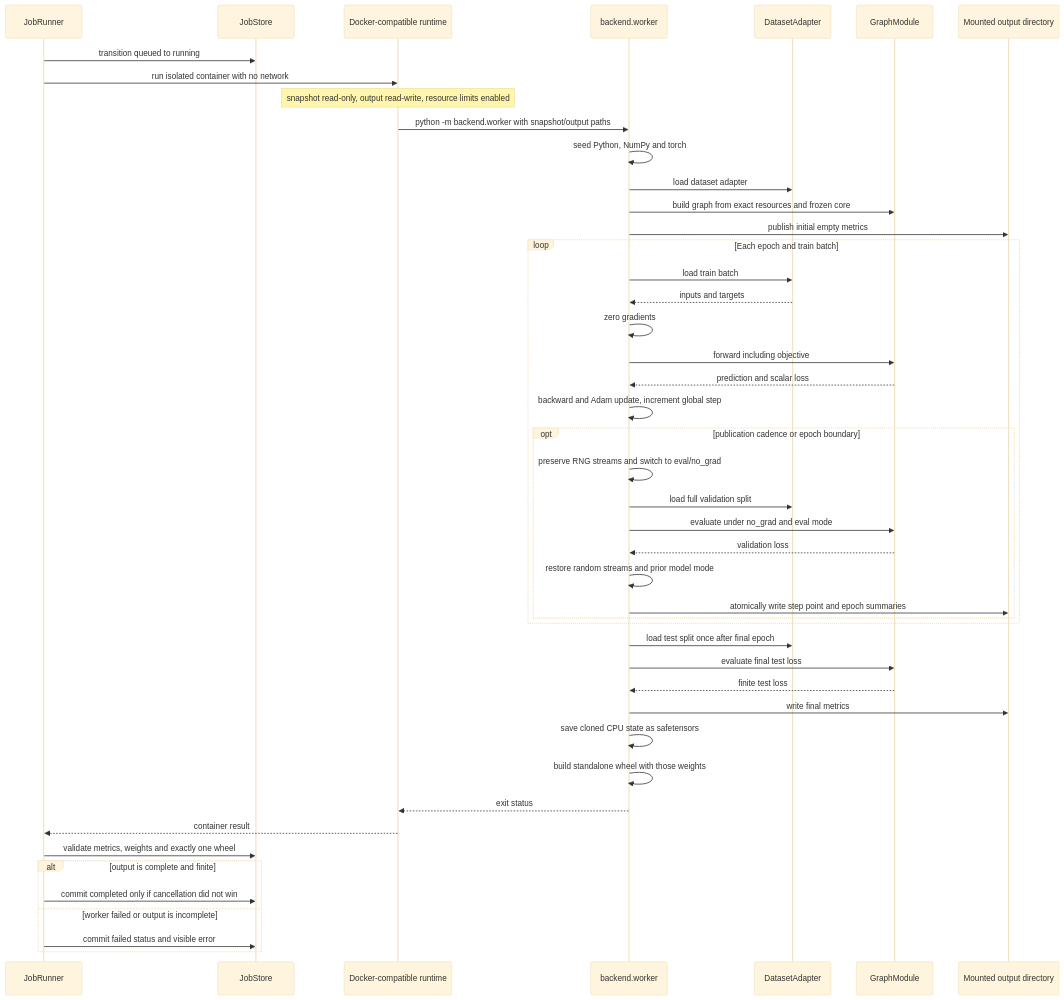
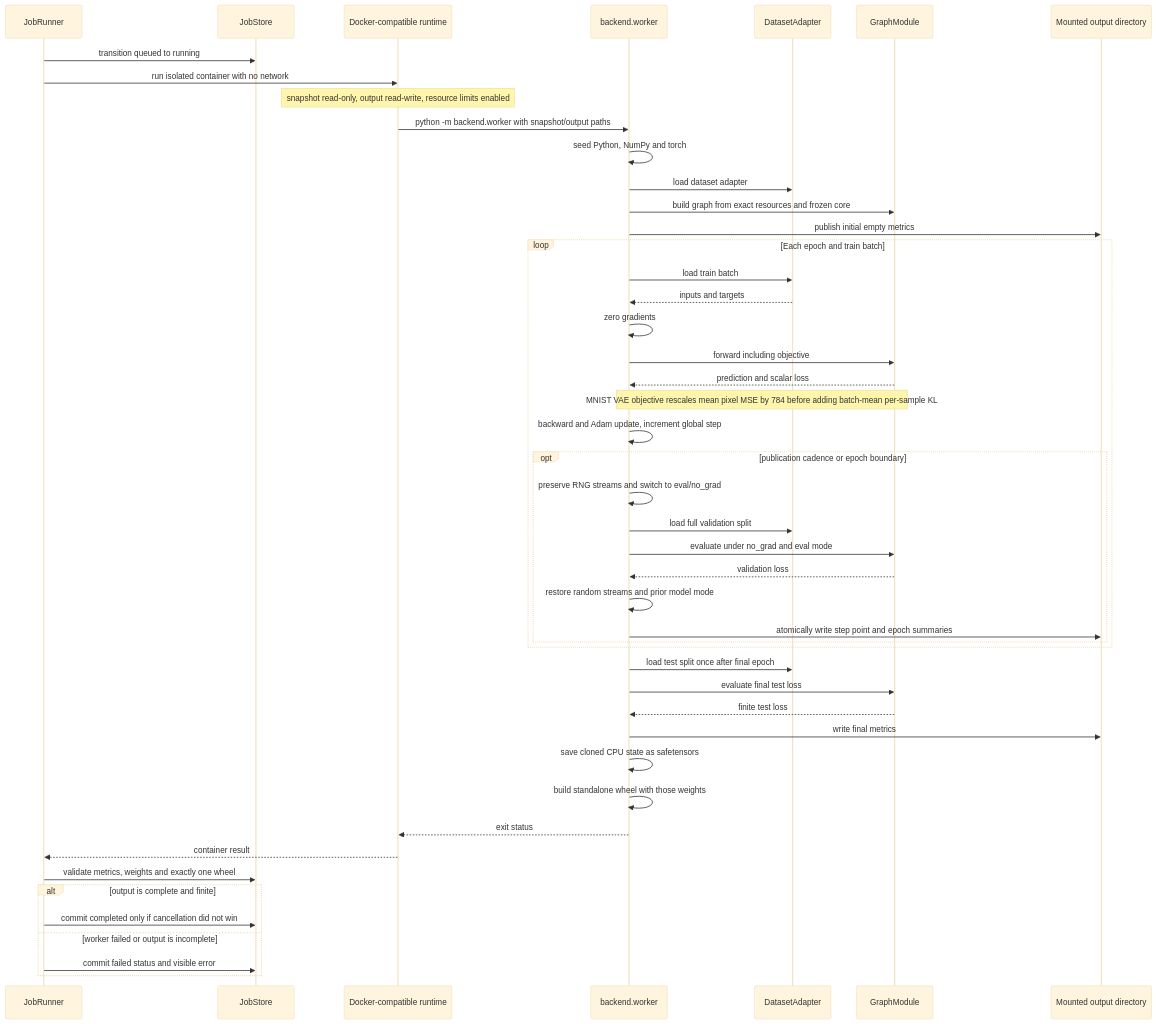
One commit to LucaSforza/nnmodelling-ui changed the third of 6 diagrams in docs/knowledge/uml/sequences/backend-training.md. Above: the diagram before and after it, drawn with Mermaid (base theme). The commit also changed 17 other files, not shown here.

````diff
--- a/docs/knowledge/uml/sequences/backend-training.md
+++ b/docs/knowledge/uml/sequences/backend-training.md
@@ -86,48 +86,49 @@
 ```mermaid
   sequenceDiagram
     participant Runner as JobRunner
     participant Store as JobStore
     participant Runtime as Docker-compatible runtime
     participant Worker as backend.worker
     participant Adapter as DatasetAdapter
     participant Graph as GraphModule
     participant Output as Mounted output directory
     Runner->>Store: transition queued to running
     Runner->>Runtime: run isolated container with no network
     Note over Runtime: snapshot read-only, output read-write, resource limits enabled
     Runtime->>Worker: python -m backend.worker with snapshot/output paths
     Worker->>Worker: seed Python, NumPy and torch
     Worker->>Adapter: load dataset adapter
     Worker->>Graph: build graph from exact resources and frozen core
     Worker->>Output: publish initial empty metrics
     loop Each epoch and train batch
       Worker->>Adapter: load train batch
       Adapter-->>Worker: inputs and targets
       Worker->>Worker: zero gradients
       Worker->>Graph: forward including objective
       Graph-->>Worker: prediction and scalar loss
+      Note over Graph,Worker: MNIST VAE objective rescales mean pixel MSE by 784 before adding batch-mean per-sample KL
       Worker->>Worker: backward and Adam update, increment global step
       opt publication cadence or epoch boundary
         Worker->>Worker: preserve RNG streams and switch to eval/no_grad
         Worker->>Adapter: load full validation split
         Worker->>Graph: evaluate under no_grad and eval mode
         Graph-->>Worker: validation loss
         Worker->>Worker: restore random streams and prior model mode
         Worker->>Output: atomically write step point and epoch summaries
       end
     end
     Worker->>Adapter: load test split once after final epoch
     Worker->>Graph: evaluate final test loss
     Graph-->>Worker: finite test loss
     Worker->>Output: write final metrics
     Worker->>Worker: save cloned CPU state as safetensors
     Worker->>Worker: build standalone wheel with those weights
     Worker-->>Runtime: exit status
     Runtime-->>Runner: container result
     Runner->>Store: validate metrics, weights and exactly one wheel
     alt output is complete and finite
       Runner->>Store: commit completed only if cancellation did not win
     else worker failed or output is incomplete
       Runner->>Store: commit failed status and visible error
     end
 ```
````
